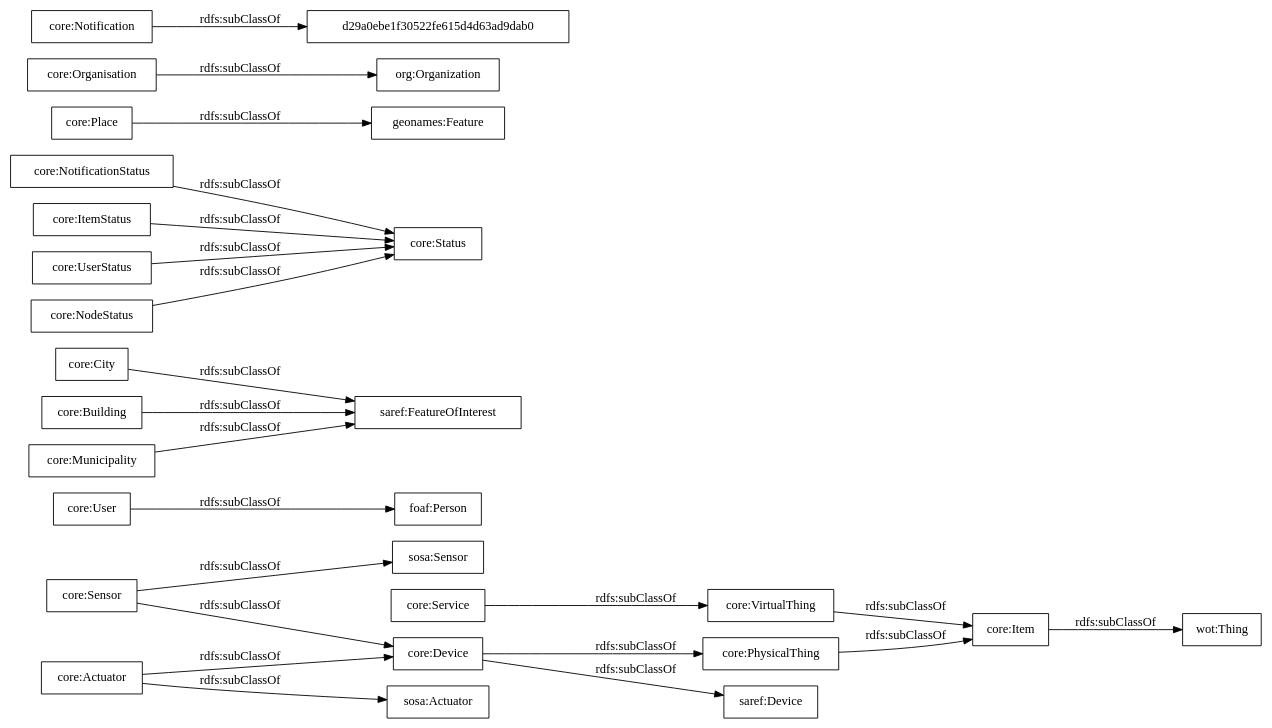
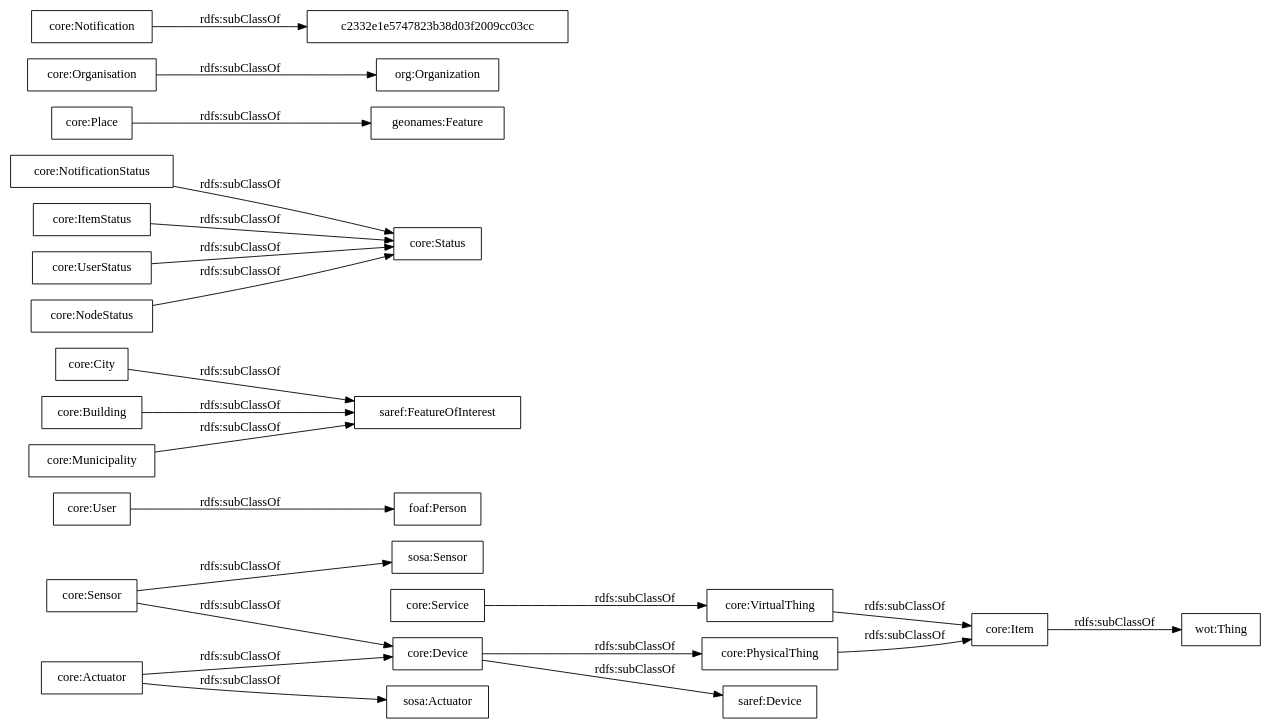
The diagram in OnToology/ontology/auroral-core.ttl/diagrams/ar2dtool-taxonomy/auroral-core.ttl.png.dot (oeg-upm/auroral-core-ontology), drawn with Graphviz before and after one commit. The commit also changed 12 other files, not shown here.

```diff
--- a/OnToology/ontology/auroral-core.ttl/diagrams/ar2dtool-taxonomy/auroral-core.ttl.png.dot
+++ b/OnToology/ontology/auroral-core.ttl/diagrams/ar2dtool-taxonomy/auroral-core.ttl.png.dot
@@ -1,27 +1,27 @@
 digraph ar2dtool_diagram { 
 rankdir=LR;
 size="1000"
-node [shape = rectangle, color="black"]; "wot:Thing" "core:User" "saref:Device" "core:City" "core:NotificationStatus" "geonames:Feature" "core:Status" "core:Service" "core:Device" "core:Sensor" "core:Actuator" "core:Organisation" "foaf:Person" "core:Building" "org:Organization" "core:Item" "core:Place" "core:Notification" "core:ItemStatus" "core:PhysicalThing" "sosa:Actuator" "core:UserStatus" "core:NodeStatus" "core:Municipality" "core:VirtualThing" "saref:FeatureOfInterest" "sosa:Sensor" "d29a0ebe1f30522fe615d4d63ad9dab0" ; /*classes style*/
+node [shape = rectangle, color="black"]; "wot:Thing" "core:User" "saref:Device" "core:City" "core:NotificationStatus" "geonames:Feature" "core:Status" "core:Service" "core:Device" "core:Sensor" "core:Actuator" "core:Organisation" "foaf:Person" "core:Building" "org:Organization" "core:Item" "core:Place" "core:Notification" "core:ItemStatus" "core:PhysicalThing" "sosa:Actuator" "core:UserStatus" "core:NodeStatus" "core:Municipality" "core:VirtualThing" "saref:FeatureOfInterest" "sosa:Sensor" "c2332e1e5747823b38d03f2009cc03cc" ; /*classes style*/
 	"core:ItemStatus" -> "core:Status" [ label = "rdfs:subClassOf" ];
 	"core:Service" -> "core:VirtualThing" [ label = "rdfs:subClassOf" ];
 	"core:Organisation" -> "org:Organization" [ label = "rdfs:subClassOf" ];
 	"core:User" -> "foaf:Person" [ label = "rdfs:subClassOf" ];
 	"core:Building" -> "saref:FeatureOfInterest" [ label = "rdfs:subClassOf" ];
 	"core:PhysicalThing" -> "core:Item" [ label = "rdfs:subClassOf" ];
 	"core:Device" -> "saref:Device" [ label = "rdfs:subClassOf" ];
 	"core:Device" -> "core:PhysicalThing" [ label = "rdfs:subClassOf" ];
 	"core:Municipality" -> "saref:FeatureOfInterest" [ label = "rdfs:subClassOf" ];
 	"core:NodeStatus" -> "core:Status" [ label = "rdfs:subClassOf" ];
 	"core:UserStatus" -> "core:Status" [ label = "rdfs:subClassOf" ];
 	"core:Sensor" -> "core:Device" [ label = "rdfs:subClassOf" ];
 	"core:Sensor" -> "sosa:Sensor" [ label = "rdfs:subClassOf" ];
 	"core:VirtualThing" -> "core:Item" [ label = "rdfs:subClassOf" ];
 	"core:Actuator" -> "core:Device" [ label = "rdfs:subClassOf" ];
 	"core:Actuator" -> "sosa:Actuator" [ label = "rdfs:subClassOf" ];
 	"core:Item" -> "wot:Thing" [ label = "rdfs:subClassOf" ];
 	"core:Place" -> "geonames:Feature" [ label = "rdfs:subClassOf" ];
-	"core:Notification" -> "d29a0ebe1f30522fe615d4d63ad9dab0" [ label = "rdfs:subClassOf" ];
+	"core:Notification" -> "c2332e1e5747823b38d03f2009cc03cc" [ label = "rdfs:subClassOf" ];
 	"core:NotificationStatus" -> "core:Status" [ label = "rdfs:subClassOf" ];
 	"core:City" -> "saref:FeatureOfInterest" [ label = "rdfs:subClassOf" ];
 
 }
```
